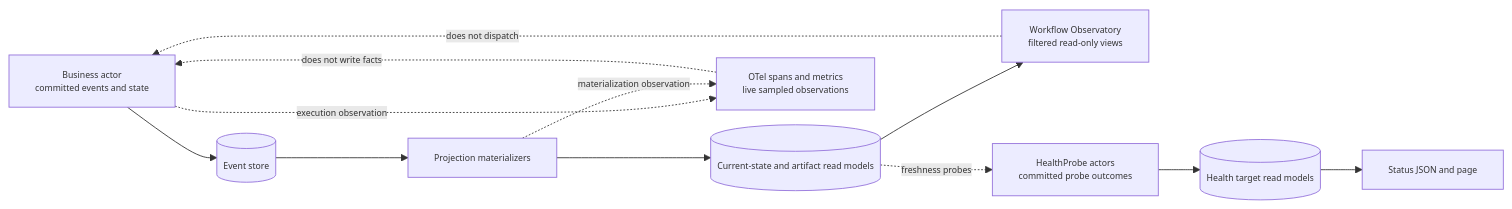
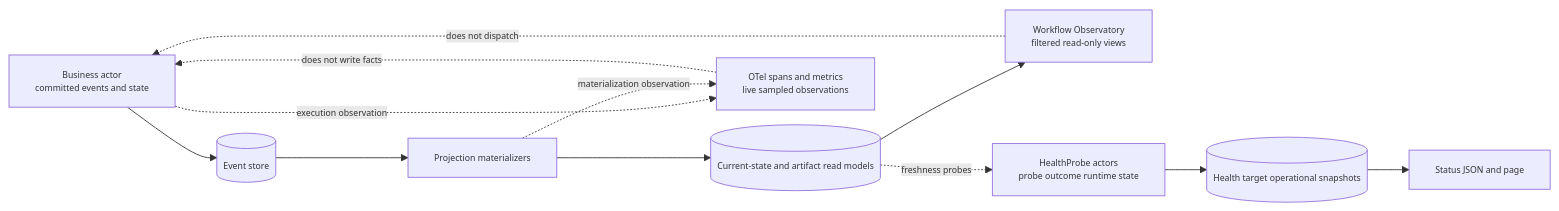
Before and after one commit to eanzhao-os/aevatar-review: the first of 4 diagrams in 10/07-observability-status-and-observatory.md, drawn with Mermaid. The commit also changed other lines of this file and 17 other files, not shown here.

````diff
--- a/10/07-observability-status-and-observatory.md
+++ b/10/07-observability-status-and-observatory.md
@@ -28,20 +28,20 @@
 ```mermaid
 %%{init: {"maxTextSize": 100000, "flowchart": {"useMaxWidth": false, "nodeSpacing": 17, "rankSpacing": 48}, "themeVariables": {"fontSize": "10px"}}}%%
 flowchart LR
     B["Business actor\ncommitted events and state"]
     E[("Event store")]
     P["Projection materializers"]
     R[("Current-state and artifact read models")]
     O["Workflow Observatory\nfiltered read-only views"]
     T["OTel spans and metrics\nlive sampled observations"]
-    H["HealthProbe actors\ncommitted probe outcomes"]
-    S[("Health target read models")]
+    H["HealthProbe actors\nprobe outcome runtime state"]
+    S[("Health target operational snapshots")]
     D["Status JSON and page"]
     B --> E --> P --> R --> O
     B -. "execution observation" .-> T
     P -. "materialization observation" .-> T
     H --> S --> D
     R -. "freshness probes" .-> H
     T -. "does not write facts" .-> B
     O -. "does not dispatch" .-> B
 ```
````
